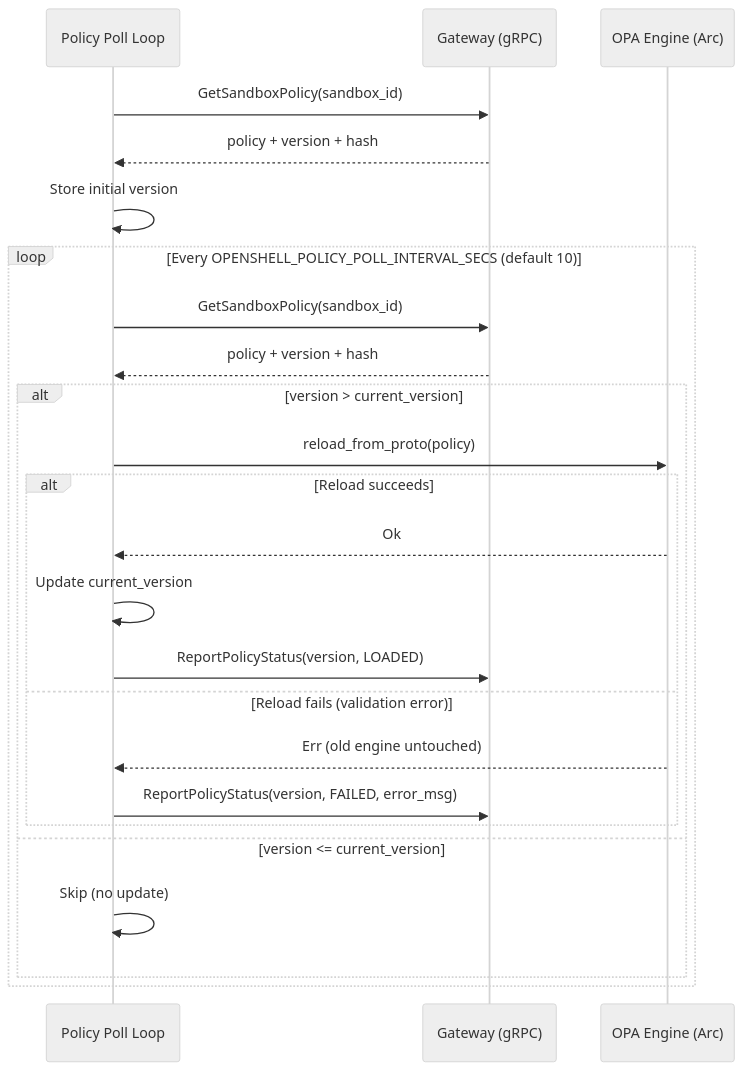
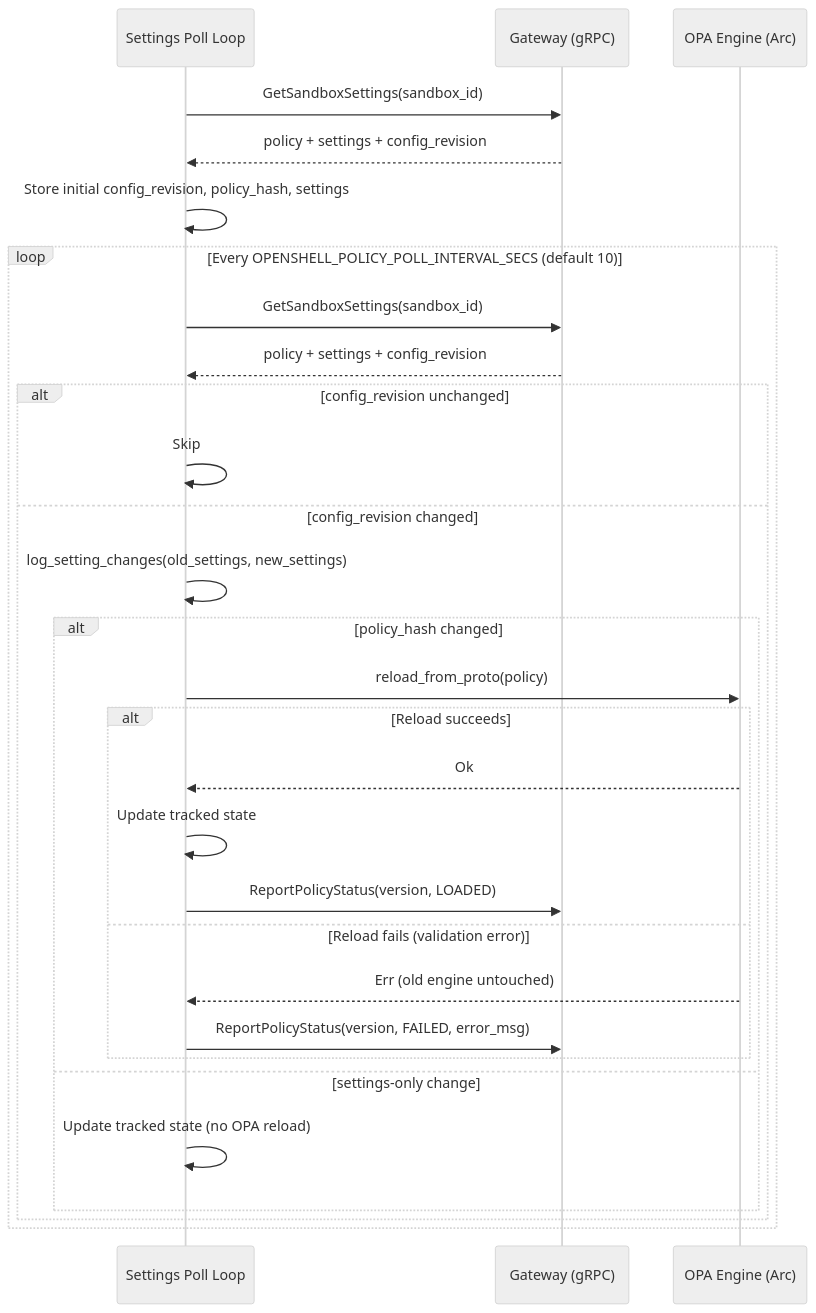
Before and after one commit to st-gr/OpenShell: the third of 10 diagrams in architecture/sandbox.md, drawn with Mermaid (neutral theme). The commit also changed other lines of this file and 50 other files, not shown here.

First line of the commit message:
feat(settings): gateway-to-sandbox runtime settings channel (#474)

````diff
--- a/architecture/sandbox.md
+++ b/architecture/sandbox.md
@@ -318,28 +320,33 @@
 ```mermaid
 sequenceDiagram
-    participant PL as Policy Poll Loop
+    participant PL as Settings Poll Loop
     participant GW as Gateway (gRPC)
     participant OPA as OPA Engine (Arc)
 
-    PL->>GW: GetSandboxPolicy(sandbox_id)
-    GW-->>PL: policy + version + hash
-    PL->>PL: Store initial version
+    PL->>GW: GetSandboxSettings(sandbox_id)
+    GW-->>PL: policy + settings + config_revision
+    PL->>PL: Store initial config_revision, policy_hash, settings
 
     loop Every OPENSHELL_POLICY_POLL_INTERVAL_SECS (default 10)
-        PL->>GW: GetSandboxPolicy(sandbox_id)
-        GW-->>PL: policy + version + hash
-        alt version > current_version
-            PL->>OPA: reload_from_proto(policy)
-            alt Reload succeeds
-                OPA-->>PL: Ok
-                PL->>PL: Update current_version
-                PL->>GW: ReportPolicyStatus(version, LOADED)
-            else Reload fails (validation error)
-                OPA-->>PL: Err (old engine untouched)
-                PL->>GW: ReportPolicyStatus(version, FAILED, error_msg)
+        PL->>GW: GetSandboxSettings(sandbox_id)
+        GW-->>PL: policy + settings + config_revision
+        alt config_revision unchanged
+            PL->>PL: Skip
+        else config_revision changed
+            PL->>PL: log_setting_changes(old_settings, new_settings)
+            alt policy_hash changed
+                PL->>OPA: reload_from_proto(policy)
+                alt Reload succeeds
+                    OPA-->>PL: Ok
+                    PL->>PL: Update tracked state
+                    PL->>GW: ReportPolicyStatus(version, LOADED)
+                else Reload fails (validation error)
+                    OPA-->>PL: Err (old engine untouched)
+                    PL->>GW: ReportPolicyStatus(version, FAILED, error_msg)
+                end
+            else settings-only change
+                PL->>PL: Update tracked state (no OPA reload)
             end
-        else version <= current_version
-            PL->>PL: Skip (no update)
         end
     end
 ```
````
